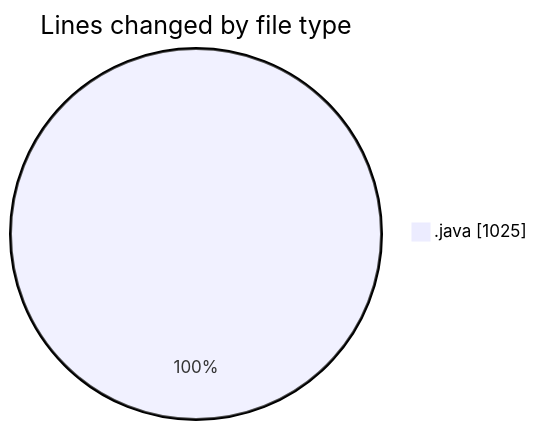
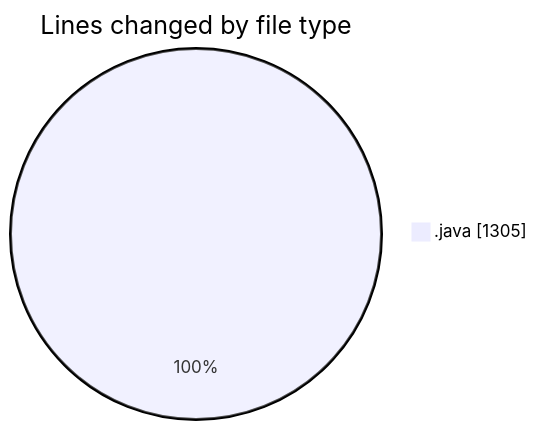
One commit to NitaiMahat/code-tracking changed the first of 2 diagrams in 2025-04-02/startfiles__2_/README.md. Above: the diagram before and after it, drawn with Mermaid. The commit also changed other lines of this file and 1 other file, not shown here.

````diff
--- a/2025-04-02/startfiles__2_/README.md
+++ b/2025-04-02/startfiles__2_/README.md
@@ -26,5 +26,5 @@
 ```mermaid
 pie showData
 title Lines changed by file type
-".java" : 1025
+".java" : 1305
 ```
````
